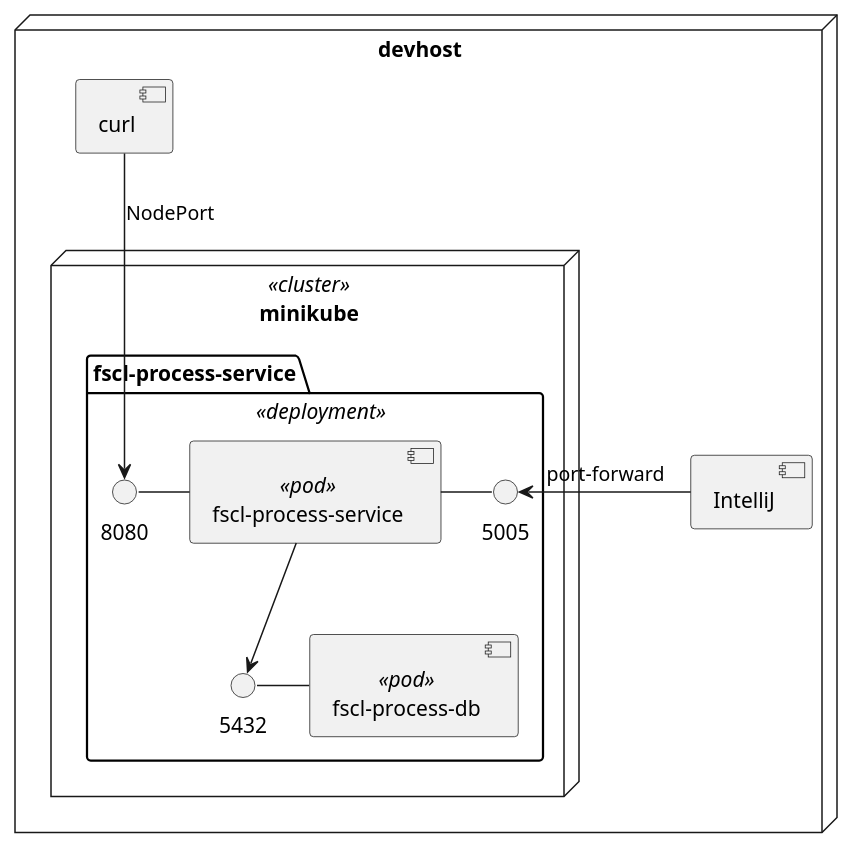
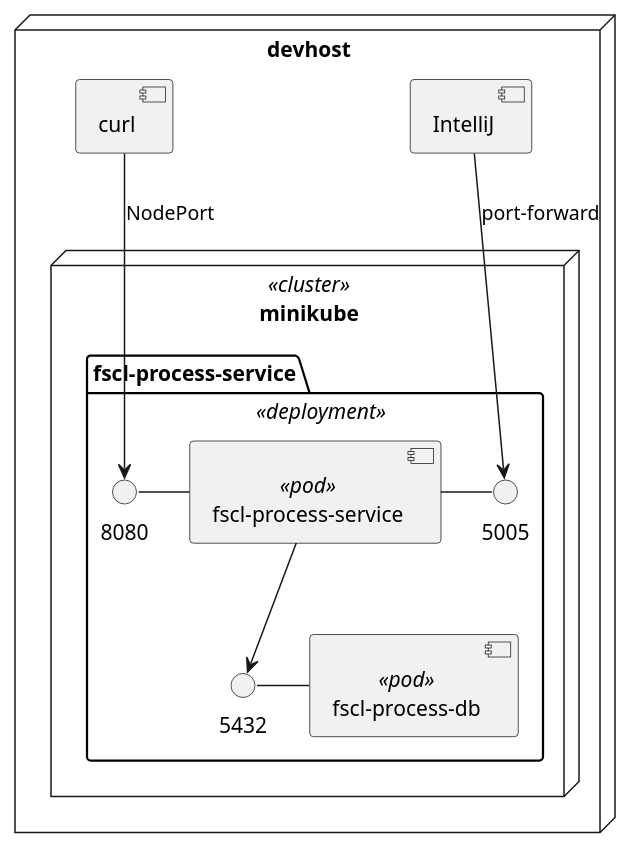
One commit to onouv/fscl-process-service changed the diagram in doc/fscl-process-service/architecture/k8s-debug.component.puml. Above: the diagram before and after it, drawn with PlantUML. The commit also changed 5 other files, not shown here.

```diff
--- a/doc/fscl-process-service/architecture/k8s-debug.component.puml
+++ b/doc/fscl-process-service/architecture/k8s-debug.component.puml
@@ -1,28 +1,22 @@
 @startuml
 'https://plantuml.com/component-diagram
 
 
 
 node "devhost" {
 
     node minikube <<cluster>> {
         package fscl-process-service <<deployment>> {
             component "fscl-process-service" as svc <<pod>>
             component "fscl-process-db" as db <<pod>>
             8080 - [svc]
             [svc] - 5005
             [svc] --> 5432
             5432 - [db]
         }
     }
 
     [curl] --> 8080: NodePort
-    [IntelliJ] -> 5005: port-forward
+    [IntelliJ] --> 5005: port-forward
 }
-
-
-
-
-
-
 @enduml
```
